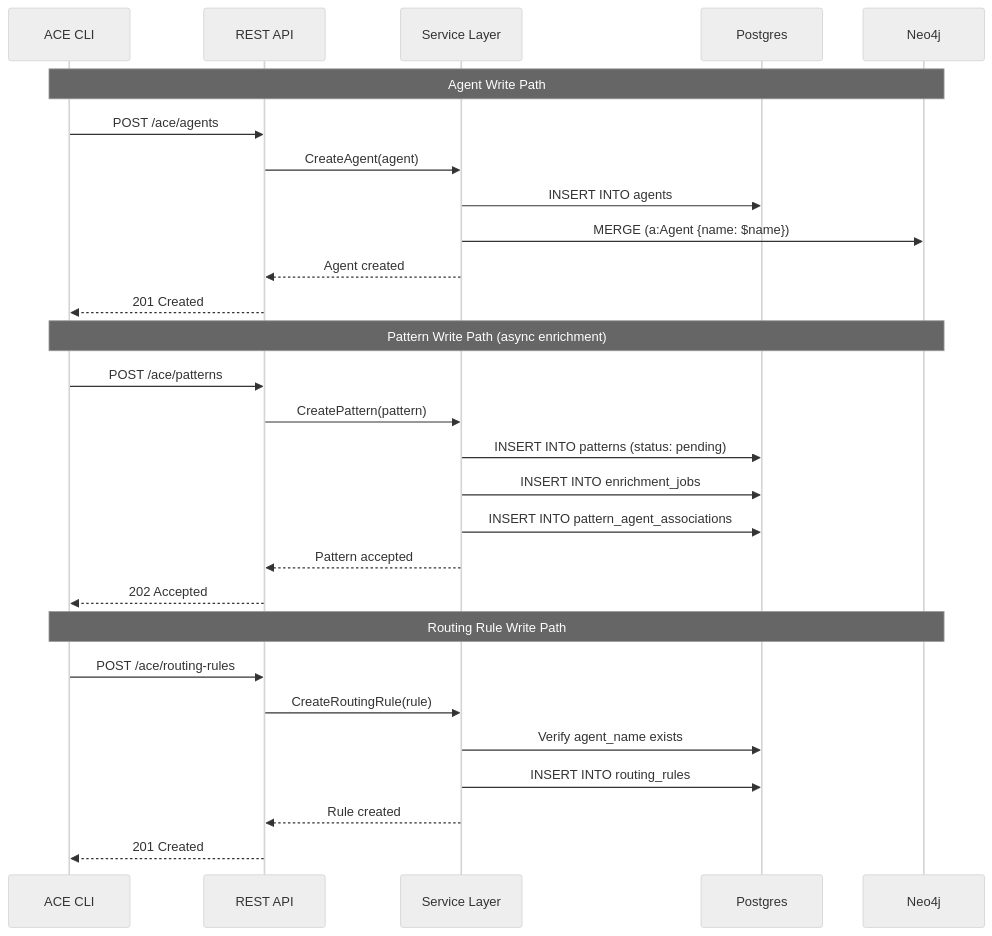
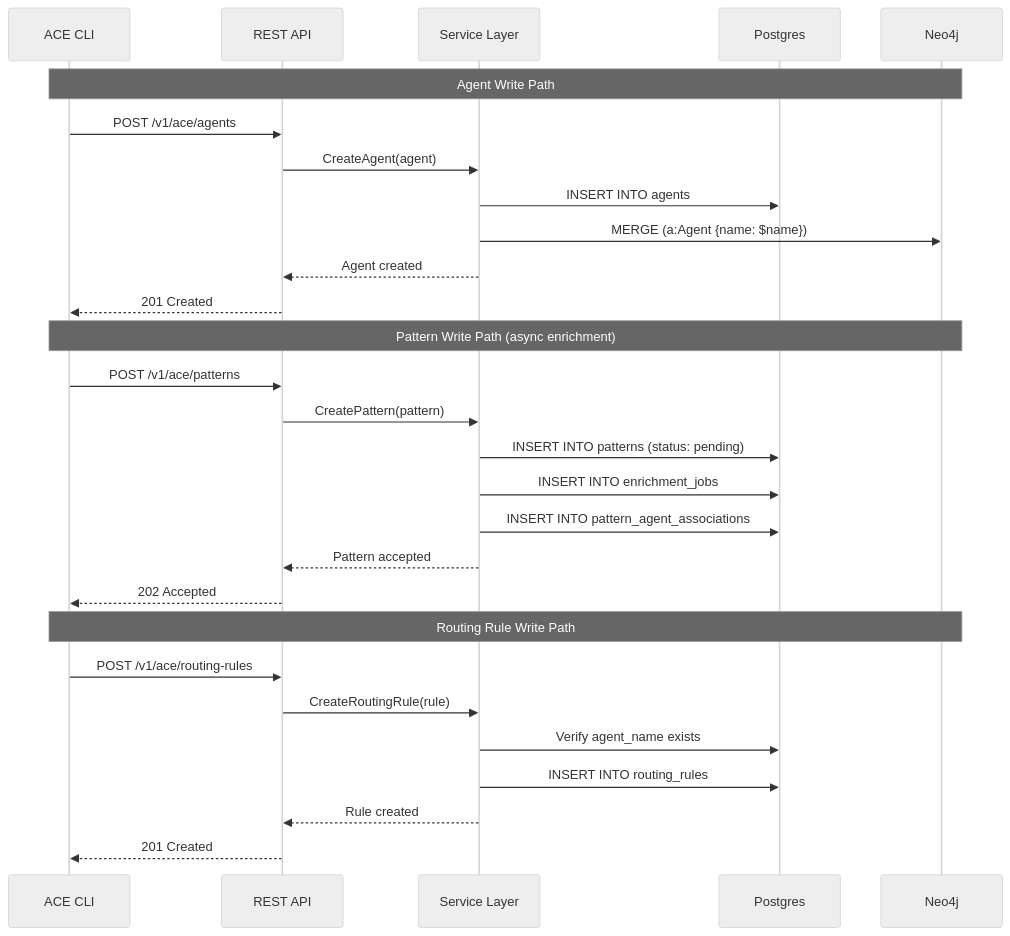
The seventh of 9 diagrams in docs/design/data-models.md (twistingmercury/mnemonic-mcp), drawn with Mermaid (neutral theme) before and after one commit. The commit also changed other lines of this file and 14 other files, not shown here.

````diff
--- a/docs/design/data-models.md
+++ b/docs/design/data-models.md
@@ -796,33 +796,33 @@
 ```mermaid
 sequenceDiagram
     participant Client as ACE CLI
     participant API as REST API
     participant SVC as Service Layer
     participant PG as Postgres
     participant NEO as Neo4j
 
     Note over Client,NEO: Agent Write Path
-    Client->>API: POST /ace/agents
+    Client->>API: POST /v1/ace/agents
     API->>SVC: CreateAgent(agent)
     SVC->>PG: INSERT INTO agents
     SVC->>NEO: MERGE (a:Agent {name: $name})
     SVC-->>API: Agent created
     API-->>Client: 201 Created
 
     Note over Client,NEO: Pattern Write Path (async enrichment)
-    Client->>API: POST /ace/patterns
+    Client->>API: POST /v1/ace/patterns
     API->>SVC: CreatePattern(pattern)
     SVC->>PG: INSERT INTO patterns (status: pending)
     SVC->>PG: INSERT INTO enrichment_jobs
     SVC->>PG: INSERT INTO pattern_agent_associations
     SVC-->>API: Pattern accepted
     API-->>Client: 202 Accepted
 
     Note over Client,NEO: Routing Rule Write Path
-    Client->>API: POST /ace/routing-rules
+    Client->>API: POST /v1/ace/routing-rules
     API->>SVC: CreateRoutingRule(rule)
     SVC->>PG: Verify agent_name exists
     SVC->>PG: INSERT INTO routing_rules
     SVC-->>API: Rule created
     API-->>Client: 201 Created
 ```
````
